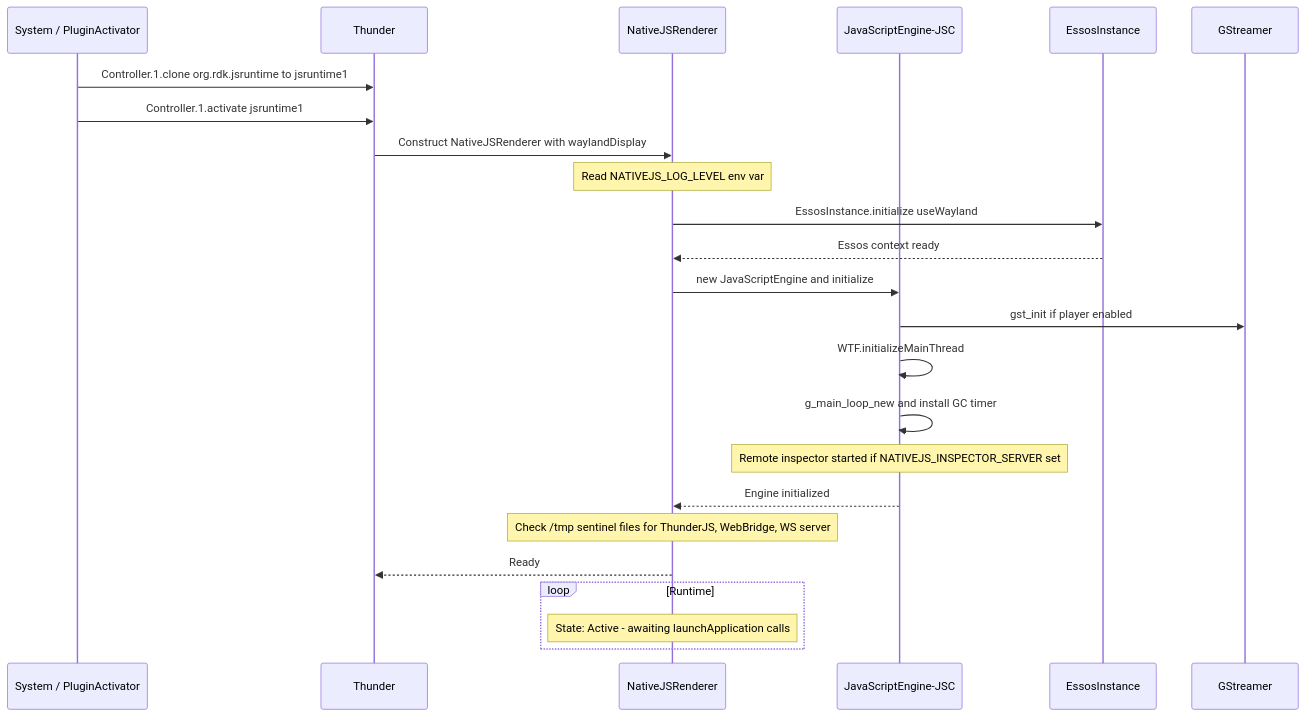
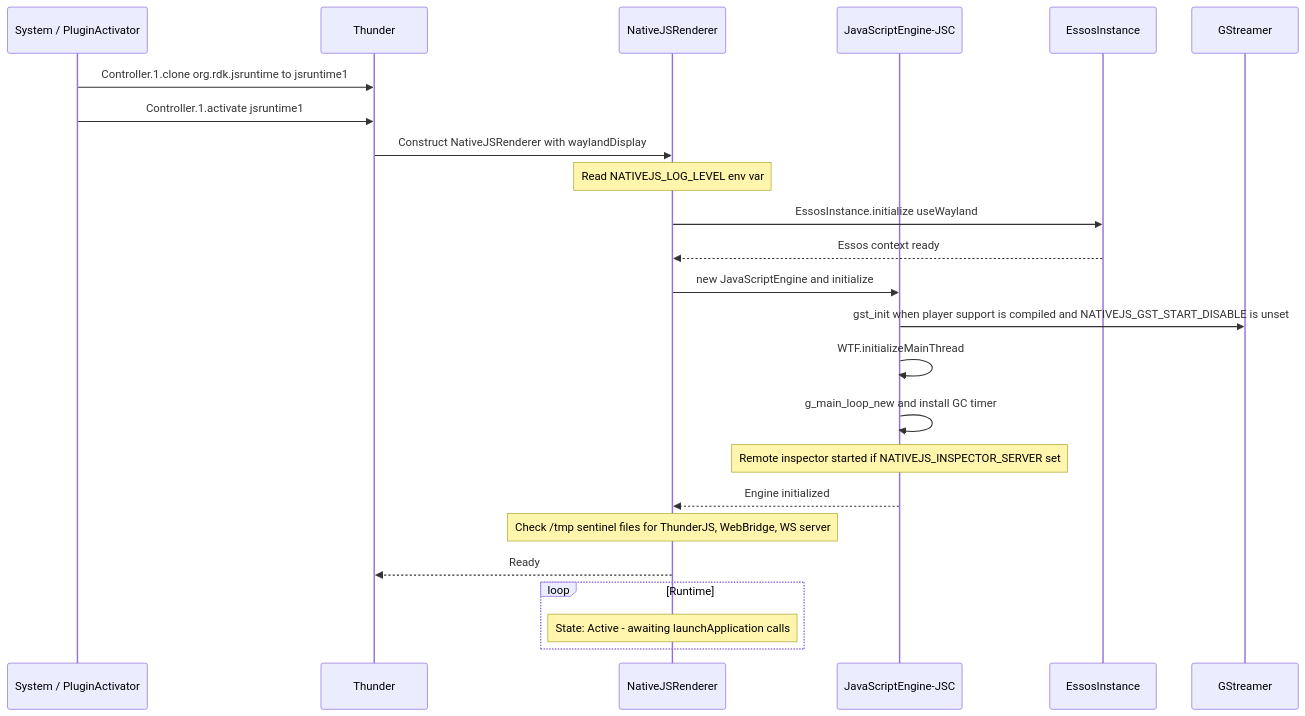
The third of 6 diagrams in docs/README.md (rdkcentral/rdkNativeScript), drawn with Mermaid before and after one commit. The commit also changed other lines of this file, not shown here.

````diff
--- a/docs/README.md
+++ b/docs/README.md
@@ -168,28 +168,28 @@
 ```mermaid
 sequenceDiagram
     participant System as System / PluginActivator
     participant Thunder as Thunder
     participant NR as NativeJSRenderer
     participant JSE as JavaScriptEngine-JSC
     participant Essos as EssosInstance
     participant GST as GStreamer
 
     System->>Thunder: Controller.1.clone org.rdk.jsruntime to jsruntime1
     System->>Thunder: Controller.1.activate jsruntime1
     Thunder->>NR: Construct NativeJSRenderer with waylandDisplay
     Note over NR: Read NATIVEJS_LOG_LEVEL env var
     NR->>Essos: EssosInstance.initialize useWayland
     Essos-->>NR: Essos context ready
     NR->>JSE: new JavaScriptEngine and initialize
-    JSE->>GST: gst_init if player enabled
+    JSE->>GST: gst_init when player support is compiled and NATIVEJS_GST_START_DISABLE is unset
     JSE->>JSE: WTF.initializeMainThread
     JSE->>JSE: g_main_loop_new and install GC timer
     Note over JSE: Remote inspector started if NATIVEJS_INSPECTOR_SERVER set
     JSE-->>NR: Engine initialized
     Note over NR: Check /tmp sentinel files for ThunderJS, WebBridge, WS server
     NR-->>Thunder: Ready
 
     loop Runtime
         Note over NR: State: Active - awaiting launchApplication calls
     end
 ```
````
